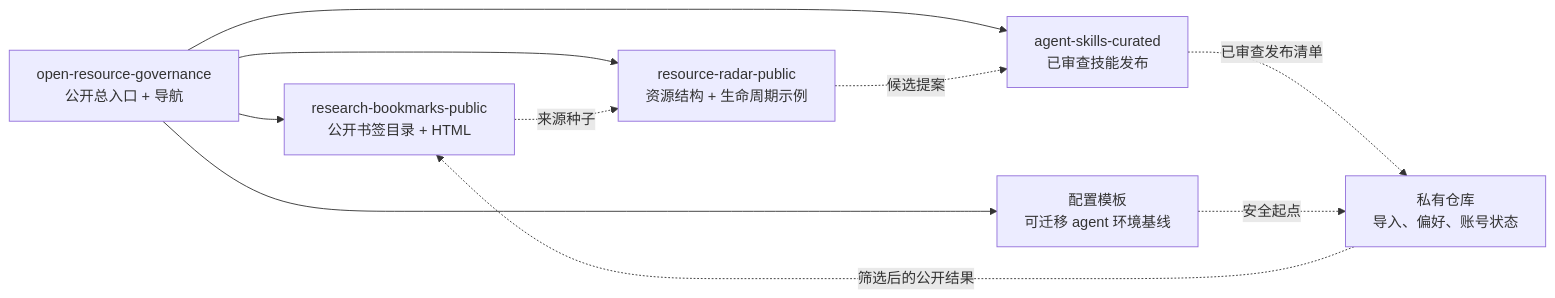
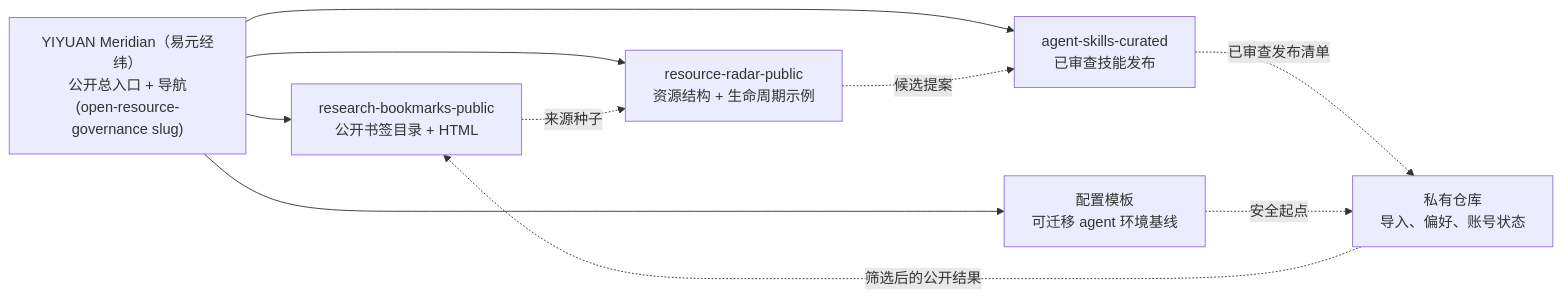
Before and after one commit to yiheng8023/open-resource-governance: the diagram in README.zh-CN.md, drawn with Mermaid. The commit also changed other lines of this file and 17 other files, not shown here.

Commit message:
Adopt YIYUAN Meridian positioning

````diff
--- a/README.zh-CN.md
+++ b/README.zh-CN.md
@@ -79,19 +79,19 @@
 ```mermaid
 flowchart LR
-  hub["open-resource-governance<br/>公开总入口 + 导航"]
+  hub["YIYUAN Meridian（易元经纬）<br/>公开总入口 + 导航<br/>(open-resource-governance slug)"]
   bookmarks["research-bookmarks-public<br/>公开书签目录 + HTML"]
   radar["resource-radar-public<br/>资源结构 + 生命周期示例"]
   templates["配置模板<br/>可迁移 agent 环境基线"]
   private["私有仓库<br/>导入、偏好、账号状态"]
   skills["agent-skills-curated<br/>已审查技能发布"]
 
   hub --> bookmarks
   hub --> radar
   hub --> templates
   hub --> skills
   private -. "筛选后的公开结果" .-> bookmarks
   bookmarks -. "来源种子" .-> radar
   radar -. "候选提案" .-> skills
   skills -. "已审查发布清单" .-> private
   templates -. "安全起点" .-> private
 ```
````
